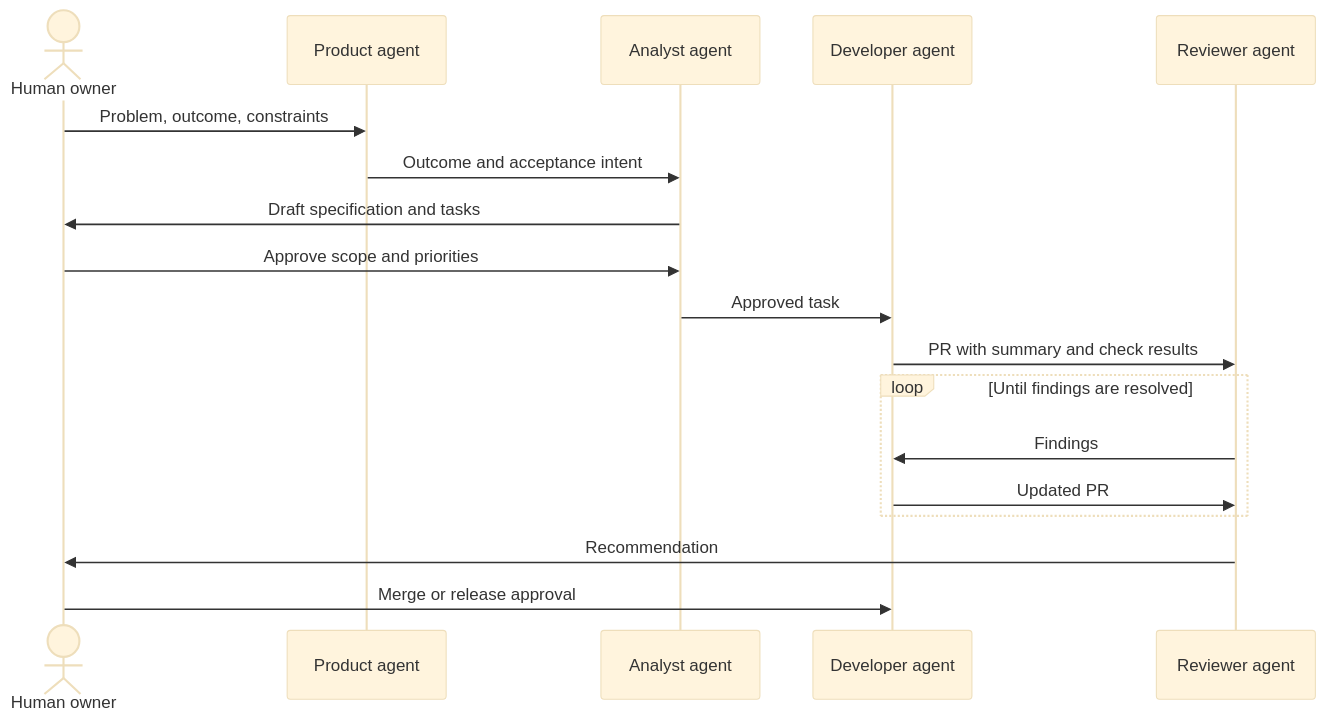
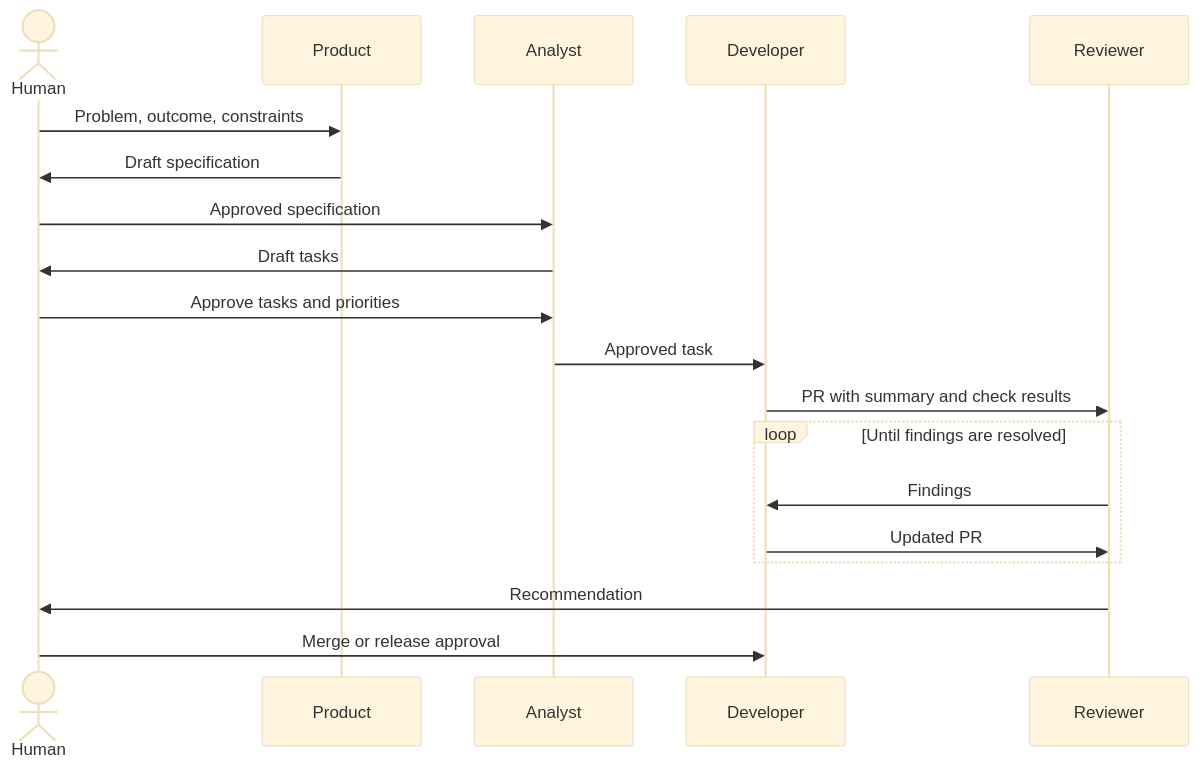
One commit to ho-henry-senior/ai-wiki changed the diagram in content/articles/agent-role-boundaries.md. Above: the diagram before and after it, drawn with Mermaid (base theme). The commit also changed 2 other files, not shown here.

Commit message:
Audit explanatory diagrams for correctness and legibility
Simplifies the coding-agent components diagram so its text is legible,
corrects the agile-roles handoff to match the RACI table, and removes a
misleading skills arrow from the repository diagram.

Closes #253

Claude-Session: https://claude.ai/code/session_01JnQ9CfsMTdhZCkoVjbip6H

````diff
--- a/content/articles/agent-role-boundaries.md
+++ b/content/articles/agent-role-boundaries.md
@@ -39,21 +39,22 @@
 ```mermaid
 sequenceDiagram
-    actor Human as Human owner
-    participant Product as Product agent
-    participant BA as Analyst agent
-    participant Dev as Developer agent
-    participant Reviewer as Reviewer agent
+    actor Human
+    participant Product
+    participant BA as Analyst
+    participant Dev as Developer
+    participant Reviewer
 
     Human->>Product: Problem, outcome, constraints
-    Product->>BA: Outcome and acceptance intent
-    BA->>Human: Draft specification and tasks
-    Human->>BA: Approve scope and priorities
+    Product->>Human: Draft specification
+    Human->>BA: Approved specification
+    BA->>Human: Draft tasks
+    Human->>BA: Approve tasks and priorities
     BA->>Dev: Approved task
     Dev->>Reviewer: PR with summary and check results
     loop Until findings are resolved
         Reviewer->>Dev: Findings
         Dev->>Reviewer: Updated PR
     end
     Reviewer->>Human: Recommendation
     Human->>Dev: Merge or release approval
 ```
````
